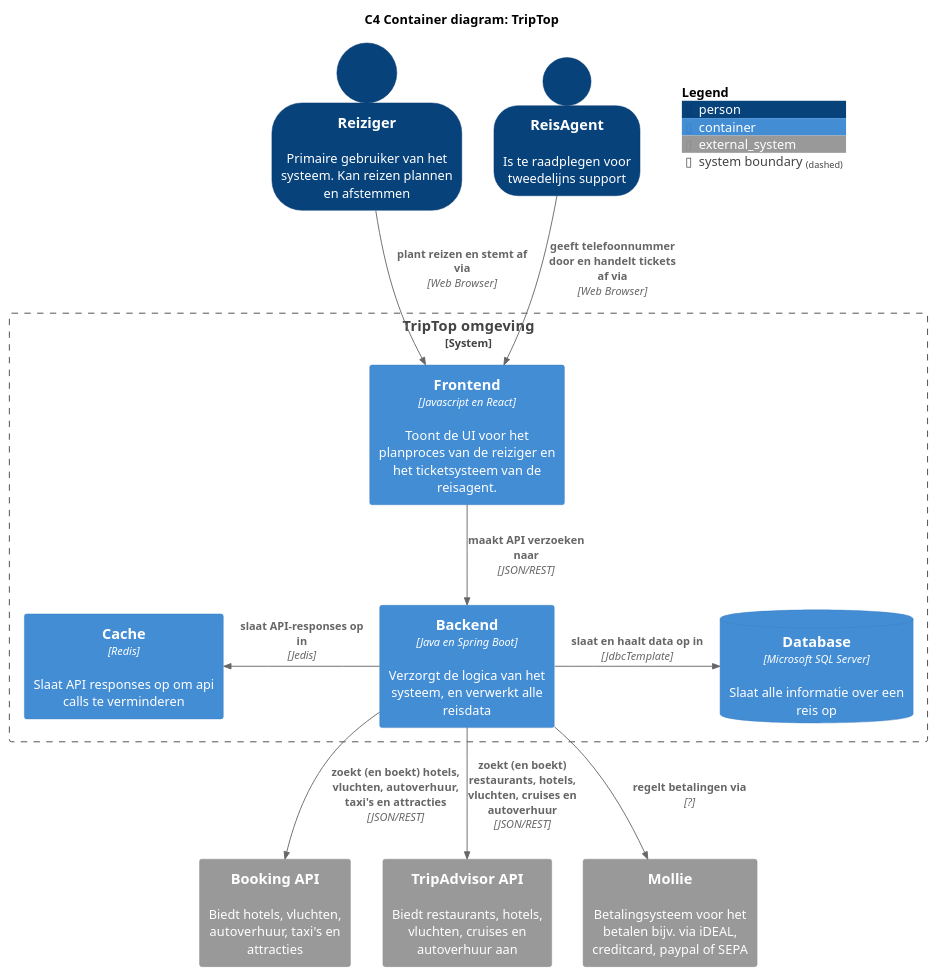
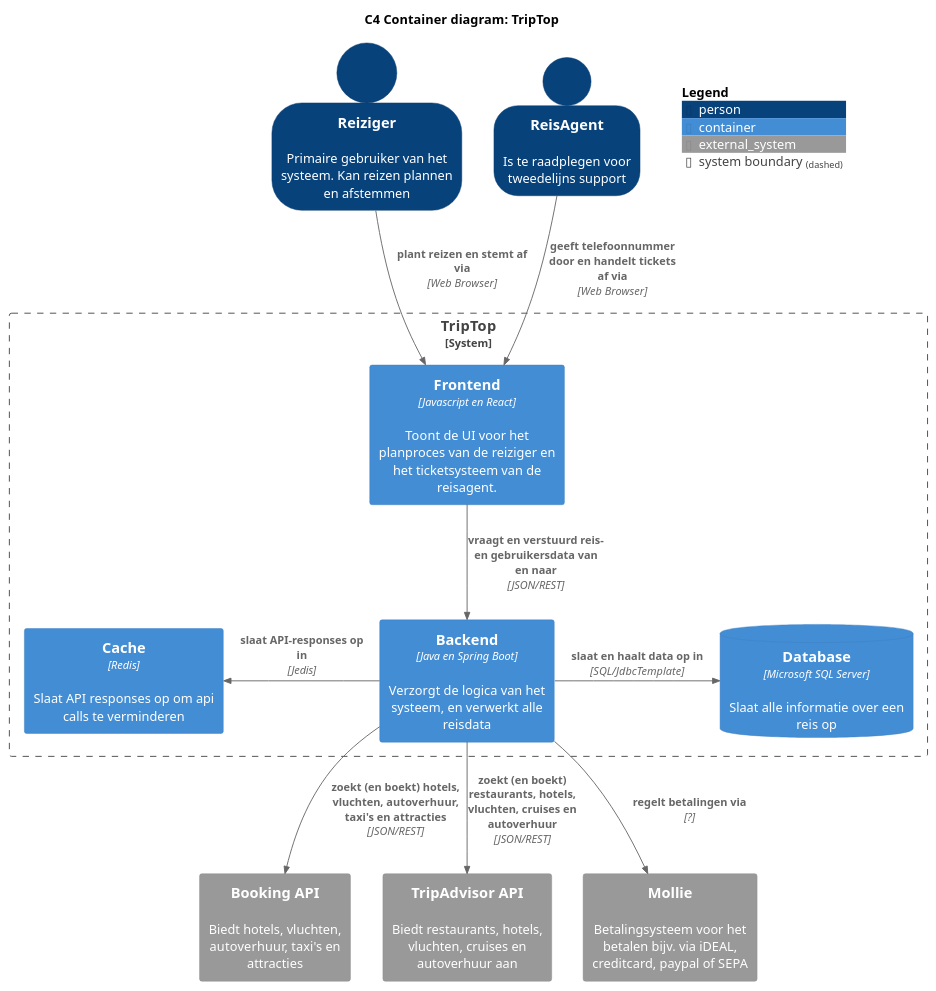
Before and after one commit to AIM-ENE-feb25/triptop-groep-4-jochem-roald-stijn-a: the diagram in software-guidebook/sgb-bestanden/container-diagram.puml, drawn with PlantUML. The commit also changed 10 other files, not shown here.

```diff
--- a/software-guidebook/sgb-bestanden/container-diagram.puml
+++ b/software-guidebook/sgb-bestanden/container-diagram.puml
@@ -1,41 +1,41 @@
 @startuml
 title C4 Container diagram: TripTop
 !include <C4/C4_Container.puml>
 
 top to bottom direction
 
 SHOW_PERSON_OUTLINE()
 
 Person(reiziger, "Reiziger", "Primaire gebruiker van het systeem. Kan reizen plannen en afstemmen")
 Person(reisagent, "ReisAgent", "Is te raadplegen voor tweedelijns support")
 
-System_Boundary(system, "TripTop omgeving") {
+System_Boundary(system, "TripTop") {
     Container(frontend, "Frontend", "Javascript en React", "Toont de UI voor het planproces van de reiziger en het ticketsysteem van de reisagent.")
     Container(backend, "Backend", "Java en Spring Boot", "Verzorgt de logica van het systeem, en verwerkt alle reisdata")
     ContainerDb(db, "Database", "Microsoft SQL Server", "Slaat alle informatie over een reis op")
     Container(cache, "Cache", "Redis", "Slaat API responses op om api calls te verminderen")
 }
 
 System_Ext(booking, "Booking API", "Biedt hotels, vluchten, autoverhuur, taxi's en attracties")
 System_Ext(tripadvisor, "TripAdvisor API", "Biedt restaurants, hotels, vluchten, cruises en autoverhuur aan")
 System_Ext(mollie, "Mollie", "Betalingsysteem voor het betalen bijv. via iDEAL, creditcard, paypal of SEPA")
 
 ' USERS
 Rel(reiziger, frontend, "plant reizen en stemt af via", "Web Browser")
 Rel(reisagent, frontend, "geeft telefoonnummer door en handelt tickets af via", "Web Browser")
 
 ' SYSTEM
-Rel(frontend, backend, "maakt API verzoeken naar", "JSON/REST")
-Rel_R(backend, db, "slaat en haalt data op in", "JdbcTemplate")
+Rel(frontend, backend, "vraagt en verstuurd reis- en gebruikersdata van en naar", "JSON/REST")
+Rel_R(backend, db, "slaat en haalt data op in", "SQL/JdbcTemplate")
 Rel_L(backend, cache, "slaat API-responses op in", "Jedis")
 
 ' EXTERNAL SYSTEMS
 ' TODO: vind de API's zodat dit kan worden ingevuld met correcte informatie
 
 Rel(backend, booking, "zoekt (en boekt) hotels, vluchten, autoverhuur, taxi's en attracties", "JSON/REST")
 Rel(backend, tripadvisor, "zoekt (en boekt) restaurants, hotels, vluchten, cruises en autoverhuur", "JSON/REST")
 Rel(backend, mollie, "regelt betalingen via", "?")
 
 SHOW_FLOATING_LEGEND()
 
 @enduml
```
